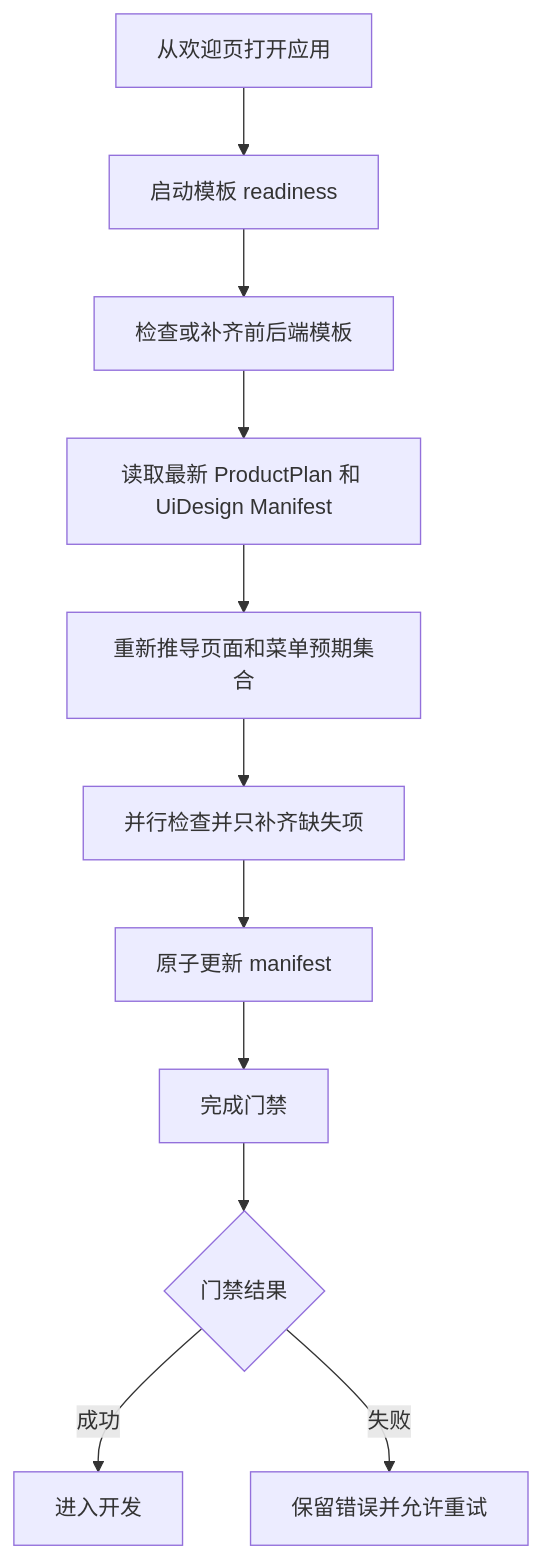
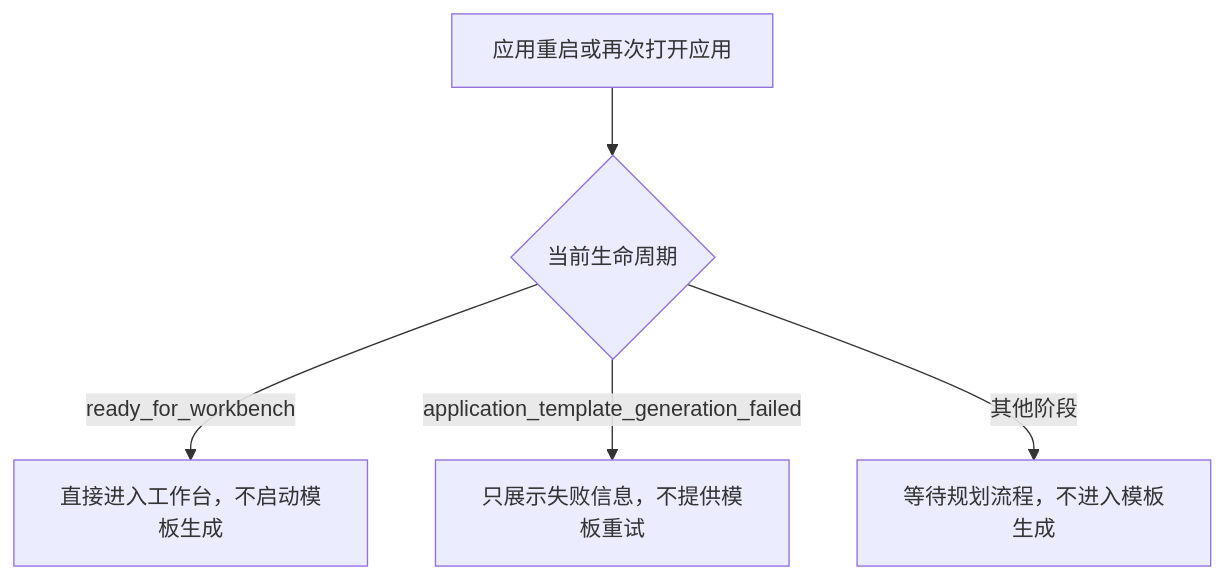
The second of 2 diagrams in docs/APPLICATION_TEMPLATE_GENERATION_STATUS_AND_PLAN.md (YYYWYF/XCodeAgent), drawn with Mermaid before and after one commit. The commit also changed other lines of this file and 67 other files, not shown here.

```diff
--- a/docs/APPLICATION_TEMPLATE_GENERATION_STATUS_AND_PLAN.md
+++ b/docs/APPLICATION_TEMPLATE_GENERATION_STATUS_AND_PLAN.md
@@ -238,13 +231,7 @@
 ~~~mermaid
 flowchart TD
-    A["从欢迎页打开应用"] --> B["启动模板 readiness"]
-    B --> C["检查或补齐前后端模板"]
-    C --> D["读取最新 ProductPlan 和 UiDesign Manifest"]
-    D --> E["重新推导页面和菜单预期集合"]
-    E --> F["并行检查并只补齐缺失项"]
-    F --> G["原子更新 manifest"]
-    G --> H["完成门禁"]
-    H --> I{"门禁结果"}
-    I -->|成功| J["进入开发"]
-    I -->|失败| K["保留错误并允许重试"]
+    A["应用重启或再次打开应用"] --> B{"当前生命周期"}
+    B -->|ready_for_workbench| C["直接进入工作台，不启动模板生成"]
+    B -->|application_template_generation_failed| D["只展示失败信息，不提供模板重试"]
+    B -->|其他阶段| E["等待规划流程，不进入模板生成"]
 ~~~
```
